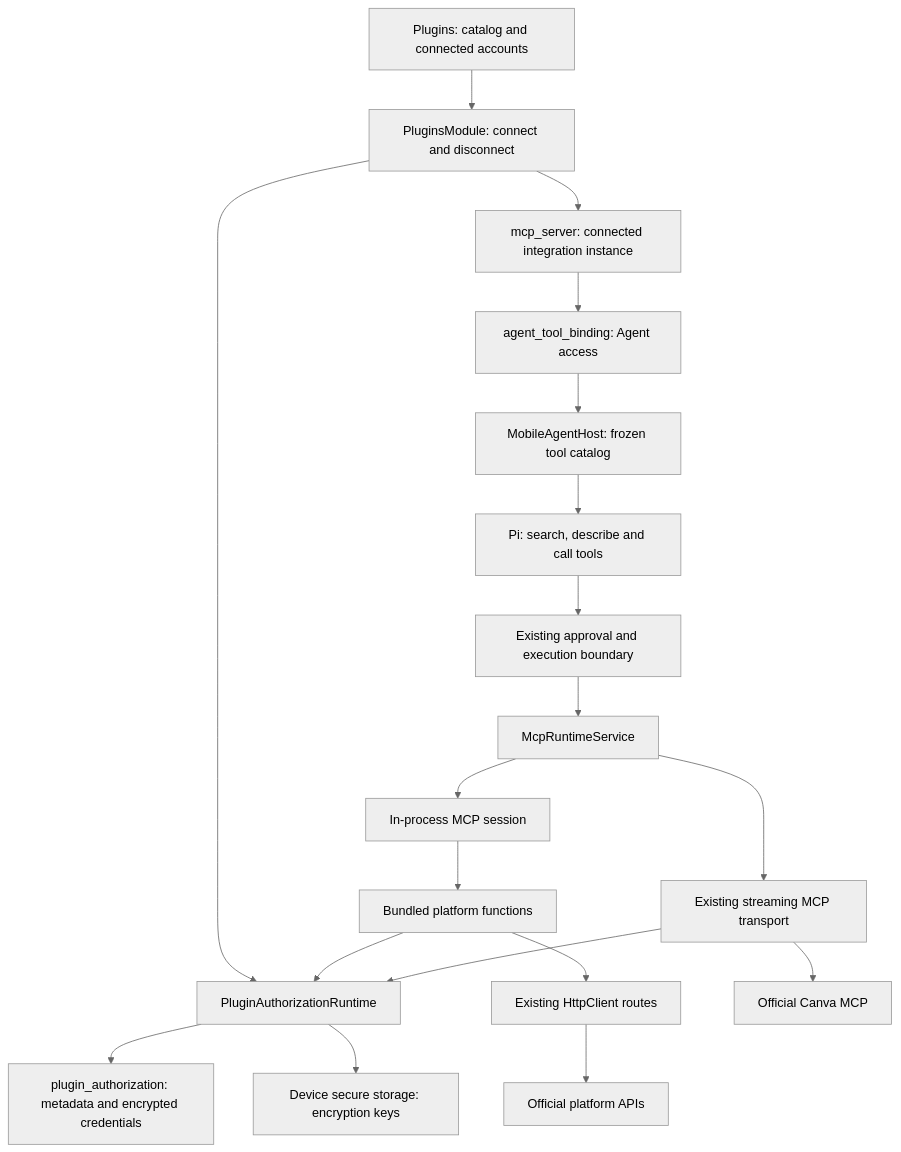
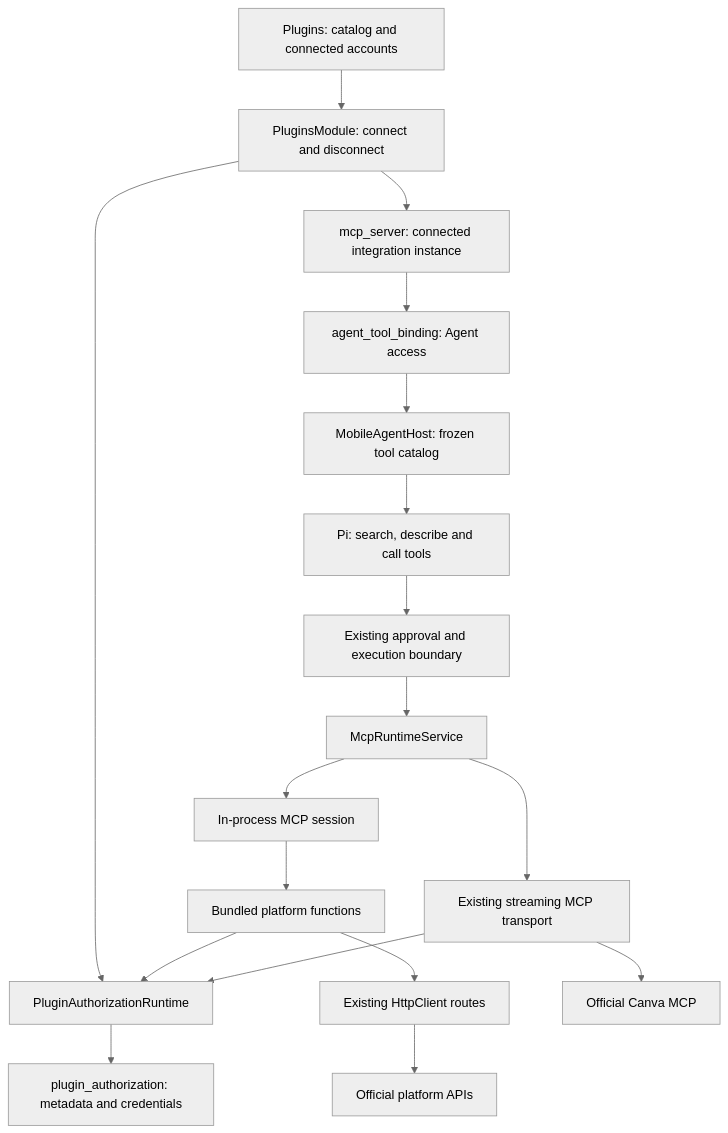
Before and after one commit to CherryHQ/cherry-studio-app: the diagram in docs/references/agent/built-in-mcp-design.md, drawn with Mermaid (neutral theme). The commit also changed other lines of this file and 18 other files, not shown here.

First line of the commit message:
refactor(plugins): store plugin credentials unencrypted

````diff
--- a/docs/references/agent/built-in-mcp-design.md
+++ b/docs/references/agent/built-in-mcp-design.md
@@ -100,21 +102,20 @@
 ```mermaid
 flowchart TD
   Settings["Plugins: catalog and connected accounts"] --> Workflow["PluginsModule: connect and disconnect"]
   Workflow --> Auth["PluginAuthorizationRuntime"]
-  Auth --> AuthTable["plugin_authorization: metadata and encrypted credentials"]
-  Auth --> Keys["Device secure storage: encryption keys"]
+  Auth --> AuthTable["plugin_authorization: metadata and credentials"]
   Workflow --> Server["mcp_server: connected integration instance"]
   Server --> Binding["agent_tool_binding: Agent access"]
   Binding --> Host["MobileAgentHost: frozen tool catalog"]
   Host --> Pi["Pi: search, describe and call tools"]
   Pi --> Approval["Existing approval and execution boundary"]
   Approval --> MCP["McpRuntimeService"]
   MCP --> Local["In-process MCP session"]
   Local --> Platform["Bundled platform functions"]
   Platform --> Auth
   Platform --> HTTP["Existing HttpClient routes"]
   HTTP --> API["Official platform APIs"]
   MCP --> Remote["Existing streaming MCP transport"]
   Remote --> Canva["Official Canva MCP"]
   Remote --> Auth
 ```
````
